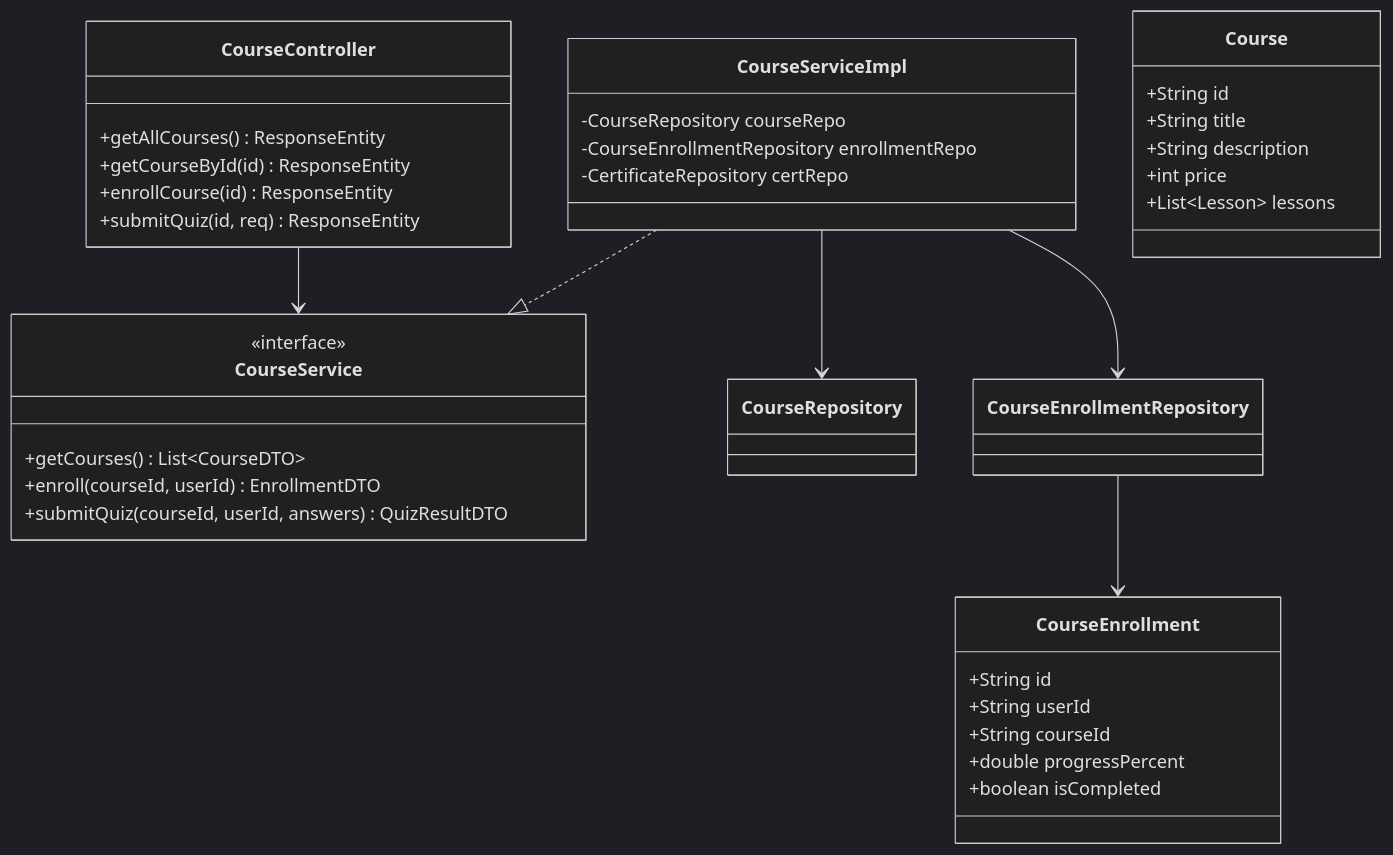
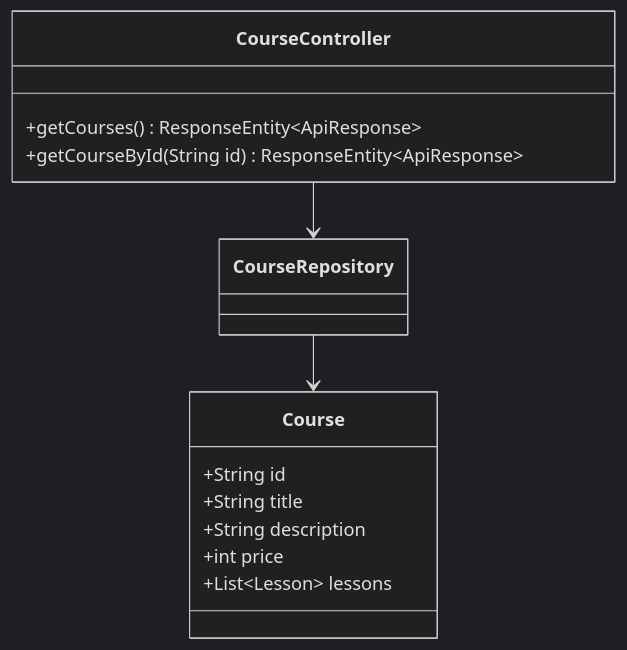
Before and after one commit to The-MC-Hub/MC_Voice_Training_Backend: the first of 10 diagrams in docs/use-cases/UC-04-courses-learning.md, drawn with Mermaid (dark theme). The commit also changed other lines of this file and 12 other files, not shown here.

Commit message:
docs(use-cases): fully expand all sub-use-cases across all 13 UC files with dedicated Class Diagrams, Sequence Diagrams, and Unit Tests

````diff
--- a/docs/use-cases/UC-04-courses-learning.md
+++ b/docs/use-cases/UC-04-courses-learning.md
@@ -28,44 +15,16 @@
 ```mermaid
 classDiagram
     class CourseController {
-        +getAllCourses() ResponseEntity
-        +getCourseById(id) ResponseEntity
-        +enrollCourse(id) ResponseEntity
-        +submitQuiz(id, req) ResponseEntity
+        +getCourses() ResponseEntity~ApiResponse~
+        +getCourseById(String id) ResponseEntity~ApiResponse~
     }
-
-    class CourseService {
-        <<interface>>
-        +getCourses() List~CourseDTO~
-        +enroll(courseId, userId) EnrollmentDTO
-        +submitQuiz(courseId, userId, answers) QuizResultDTO
-    }
-
-    class CourseServiceImpl {
-        -CourseRepository courseRepo
-        -CourseEnrollmentRepository enrollmentRepo
-        -CertificateRepository certRepo
-    }
-
     class Course {
         +String id
         +String title
         +String description
         +int price
         +List~Lesson~ lessons
     }
-
-    class CourseEnrollment {
-        +String id
-        +String userId
-        +String courseId
-        +double progressPercent
-        +boolean isCompleted
-    }
-
-    CourseController --> CourseService
-    CourseServiceImpl ..|> CourseService
-    CourseServiceImpl --> CourseRepository
-    CourseServiceImpl --> CourseEnrollmentRepository
-    CourseEnrollmentRepository --> CourseEnrollment
+    CourseController --> CourseRepository
+    CourseRepository --> Course
 ```
````
